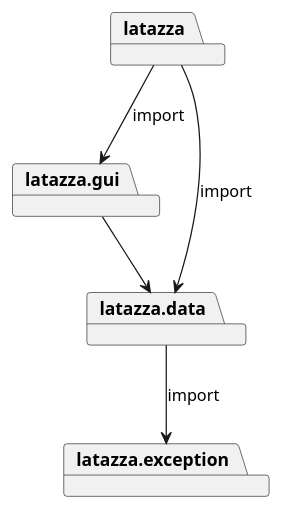
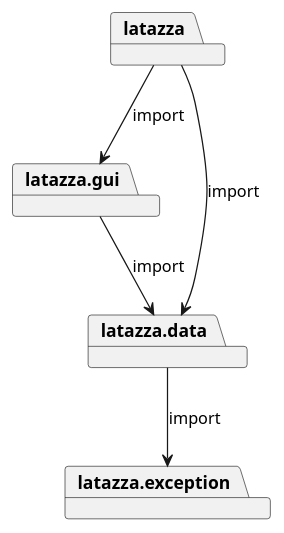
One commit to salvatore-dimartino/LaTazza changed the first of 7 diagrams in templates/DesignDocumentTemplate.md. Above: the diagram before and after it, drawn with PlantUML.

````diff
--- a/templates/DesignDocumentTemplate.md
+++ b/templates/DesignDocumentTemplate.md
@@ -28,15 +28,15 @@
 ```plantuml
 @startuml
 
 package latazza.gui
 package latazza.data
 package latazza.exception
 package latazza
 
 latazza --> latazza.gui: import
 latazza --> latazza.data: import
 latazza.data --> latazza.exception: import
-latazza.gui --> latazza.data
+latazza.gui --> latazza.data: import
 
 @enduml
 ```
````
